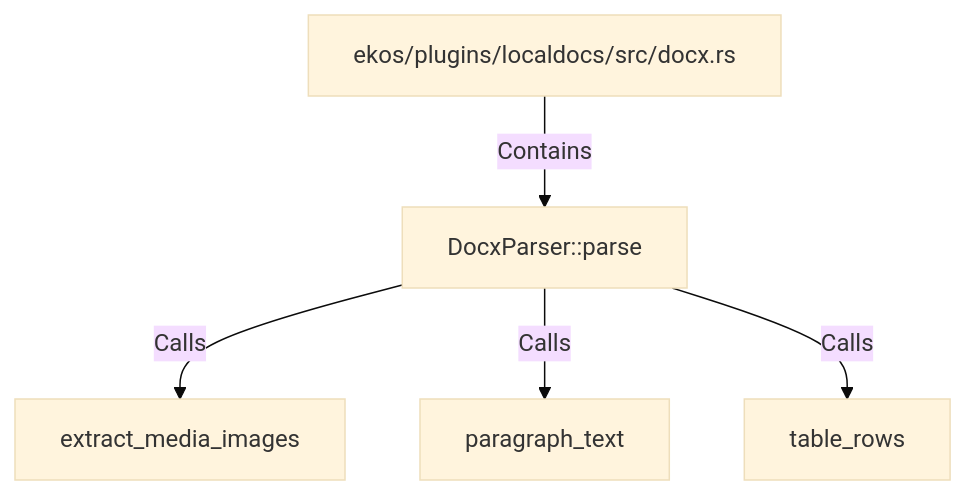
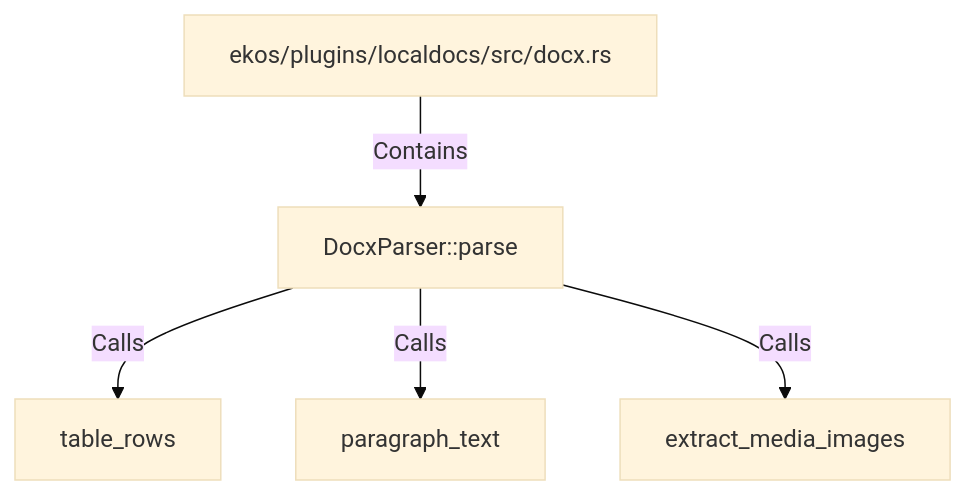
The diagram in doc/entities/rustsymbol/do/docxparser-parse.md (alexeyban/EKOS), drawn with Mermaid (base theme) before and after one commit. The commit also changed other lines of this file and 552 other files, not shown here.

````diff
--- a/doc/entities/rustsymbol/do/docxparser-parse.md
+++ b/doc/entities/rustsymbol/do/docxparser-parse.md
@@ -23,12 +23,12 @@
 ```mermaid
 graph TD
     n183af0c4fe425273beff98b642123c3e["DocxParser::parse"]
     ncb8db45bec2c50f280530fd63dba3355["ekos/plugins/localdocs/src/docx.rs"]
     ncb8db45bec2c50f280530fd63dba3355 -->|Contains| n183af0c4fe425273beff98b642123c3e
+    n69fa56db88c654878895f8907d29dee8["table_rows"]
+    n183af0c4fe425273beff98b642123c3e -->|Calls| n69fa56db88c654878895f8907d29dee8
+    na86ca4ac57eb51f7be2fad53d6c6ee3d["paragraph_text"]
+    n183af0c4fe425273beff98b642123c3e -->|Calls| na86ca4ac57eb51f7be2fad53d6c6ee3d
     n6e44c2bdfcda5588b6b00796a82e8fc7["extract_media_images"]
     n183af0c4fe425273beff98b642123c3e -->|Calls| n6e44c2bdfcda5588b6b00796a82e8fc7
-    na86ca4ac57eb51f7be2fad53d6c6ee3d["paragraph_text"]
-    n183af0c4fe425273beff98b642123c3e -->|Calls| na86ca4ac57eb51f7be2fad53d6c6ee3d
-    n69fa56db88c654878895f8907d29dee8["table_rows"]
-    n183af0c4fe425273beff98b642123c3e -->|Calls| n69fa56db88c654878895f8907d29dee8
 ```
````
